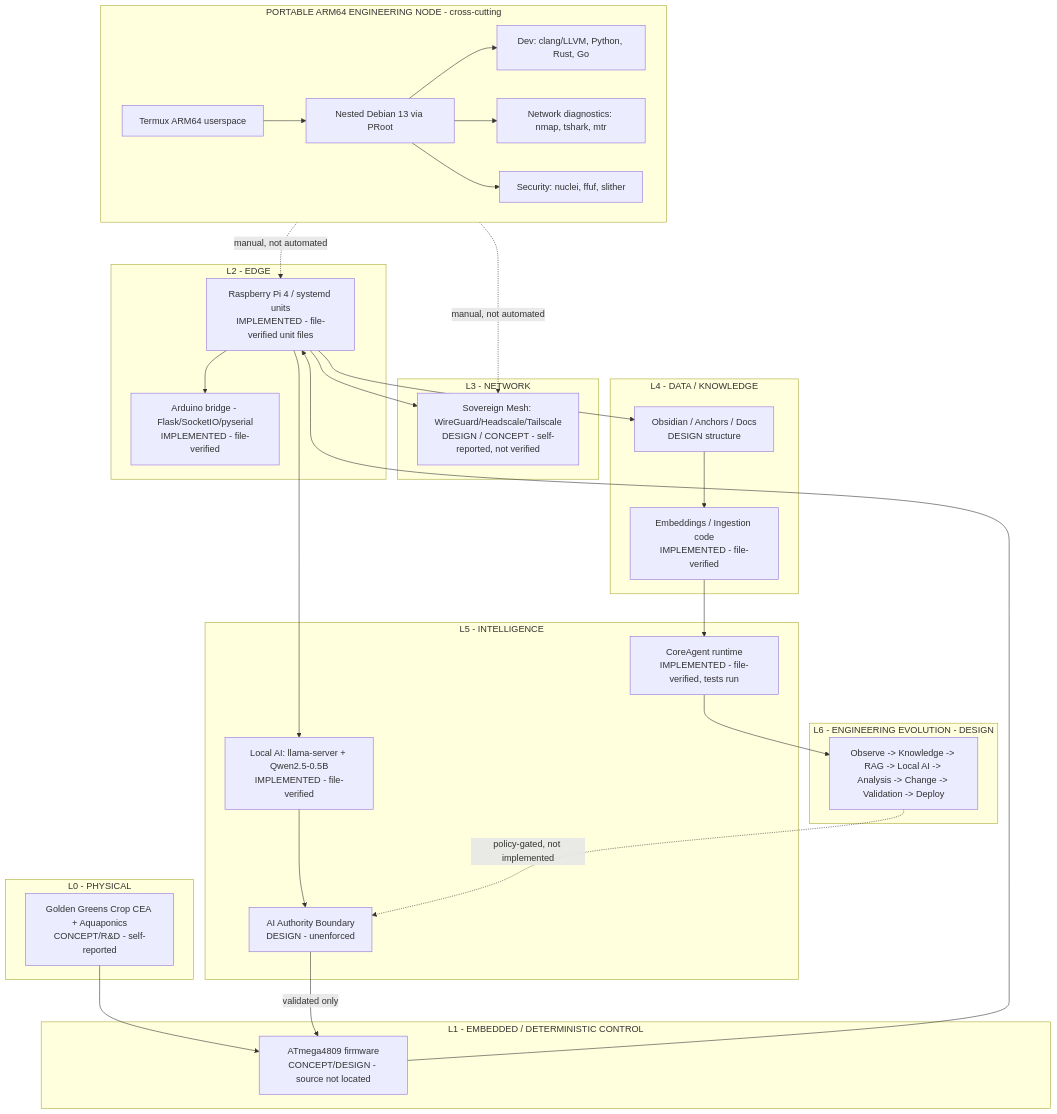
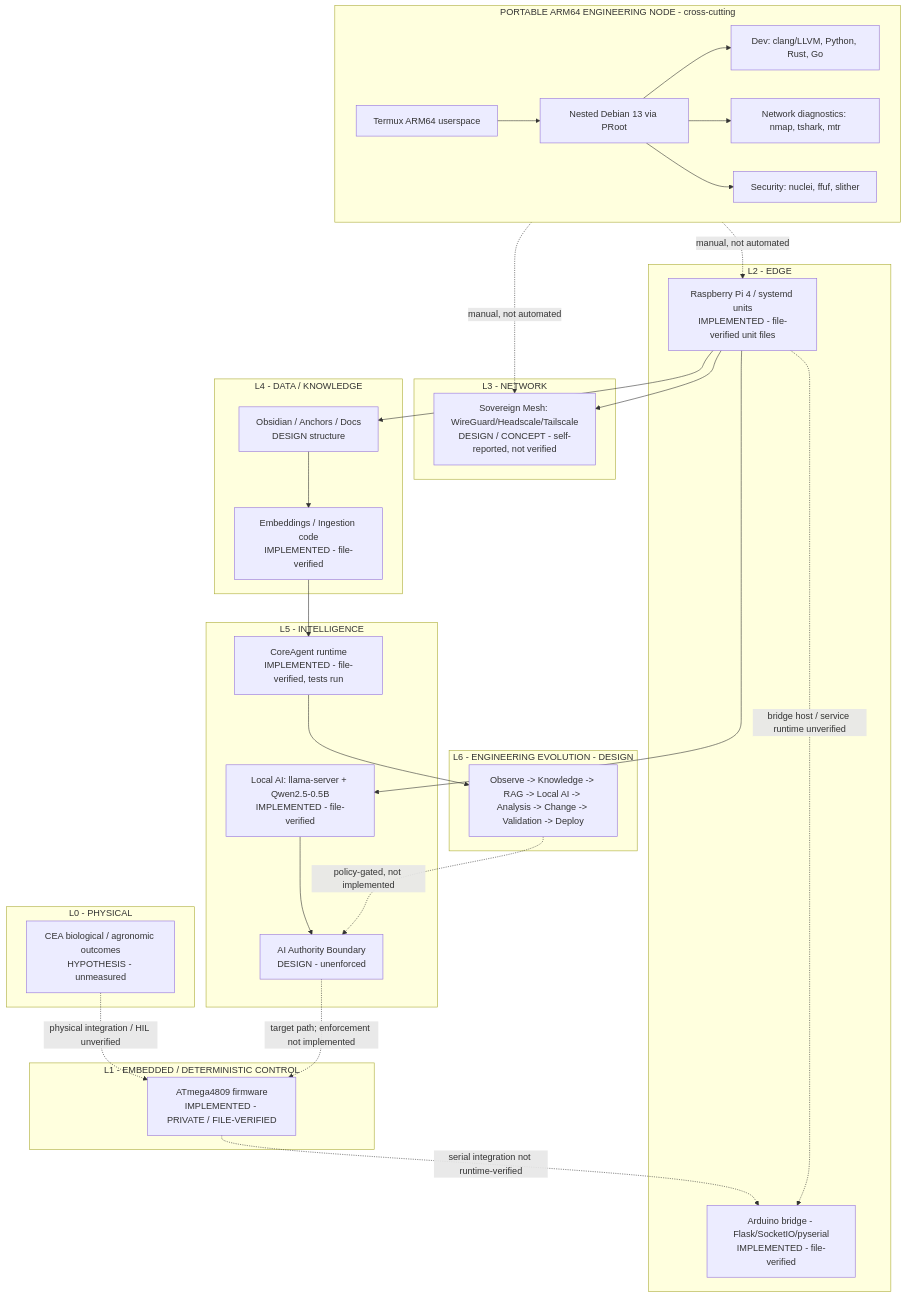
One commit to VitoOG/sovereign-engineering-platform changed the diagram in architecture/SOVEREIGN_ENGINEERING_MAP.md. Above: the diagram before and after it, drawn with Mermaid. The commit also changed other lines of this file, not shown here.

Commit message:
Reconcile CEA and embedded maturity labels in system map

````diff
--- a/architecture/SOVEREIGN_ENGINEERING_MAP.md
+++ b/architecture/SOVEREIGN_ENGINEERING_MAP.md
@@ -42,58 +42,59 @@
 ```mermaid
 flowchart TB
     subgraph L6[L6 - ENGINEERING EVOLUTION - DESIGN]
         EVO[Observe -> Knowledge -> RAG -> Local AI -> Analysis -> Change -> Validation -> Deploy]
     end
 
     subgraph L5[L5 - INTELLIGENCE]
         AI[Local AI: llama-server + Qwen2.5-0.5B\nIMPLEMENTED - file-verified]
         AUTH[AI Authority Boundary\nDESIGN - unenforced]
         AGENT[CoreAgent runtime\nIMPLEMENTED - file-verified, tests run]
     end
 
     subgraph L4[L4 - DATA / KNOWLEDGE]
         KB[Obsidian / Anchors / Docs\nDESIGN structure]
         RAG[Embeddings / Ingestion code\nIMPLEMENTED - file-verified]
     end
 
     subgraph L3[L3 - NETWORK]
         MESH[Sovereign Mesh: WireGuard/Headscale/Tailscale\nDESIGN / CONCEPT - self-reported, not verified]
     end
 
     subgraph L2[L2 - EDGE]
         PI[Raspberry Pi 4 / systemd units\nIMPLEMENTED - file-verified unit files]
         BRIDGE[Arduino bridge - Flask/SocketIO/pyserial\nIMPLEMENTED - file-verified]
     end
 
     subgraph L1[L1 - EMBEDDED / DETERMINISTIC CONTROL]
-        MCU[ATmega4809 firmware\nCONCEPT/DESIGN - source not located]
+        MCU[ATmega4809 firmware\nIMPLEMENTED - PRIVATE / FILE-VERIFIED]
     end
 
     subgraph L0[L0 - PHYSICAL]
-        CEA[Golden Greens Crop CEA + Aquaponics\nCONCEPT/R&D - self-reported]
+        CEA[CEA biological / agronomic outcomes\nHYPOTHESIS - unmeasured]
     end
 
     subgraph ARM64[PORTABLE ARM64 ENGINEERING NODE - cross-cutting]
         TERMUX[Termux ARM64 userspace]
         DEBIAN[Nested Debian 13 via PRoot]
         DEVTOOL[Dev: clang/LLVM, Python, Rust, Go]
         NETTOOL[Network diagnostics: nmap, tshark, mtr]
         SECTOOL[Security: nuclei, ffuf, slither]
     end
 
-    CEA --> MCU --> PI
-    PI --> BRIDGE
+    CEA -.->|physical integration / HIL unverified| MCU
+    MCU -.->|serial integration not runtime-verified| BRIDGE
+    PI -.->|bridge host / service runtime unverified| BRIDGE
     PI --> MESH
     PI --> AI
     AI --> AUTH
-    AUTH -->|validated only| MCU
+    AUTH -.->|target path; enforcement not implemented| MCU
     PI --> KB --> RAG --> AGENT --> EVO
     EVO -.->|policy-gated, not implemented| AUTH
 
     TERMUX --> DEBIAN
     DEBIAN --> DEVTOOL
     DEBIAN --> NETTOOL
     DEBIAN --> SECTOOL
     ARM64 -.->|manual, not automated| PI
     ARM64 -.->|manual, not automated| MESH
 ```
````
